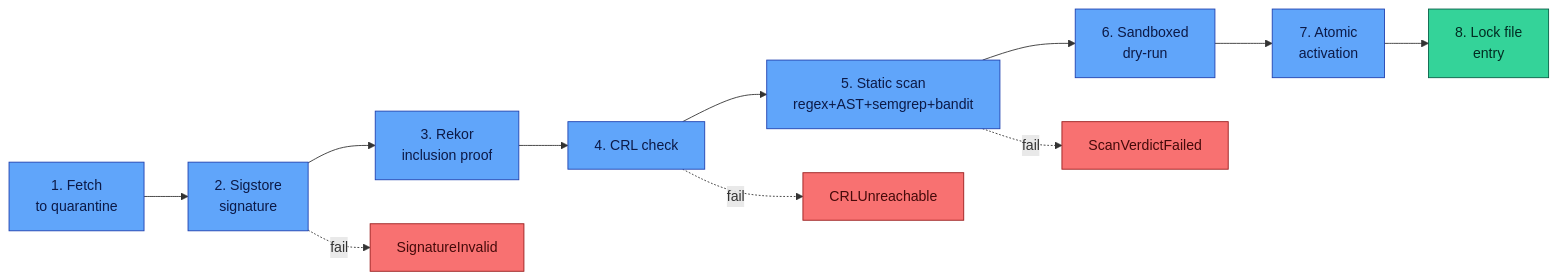
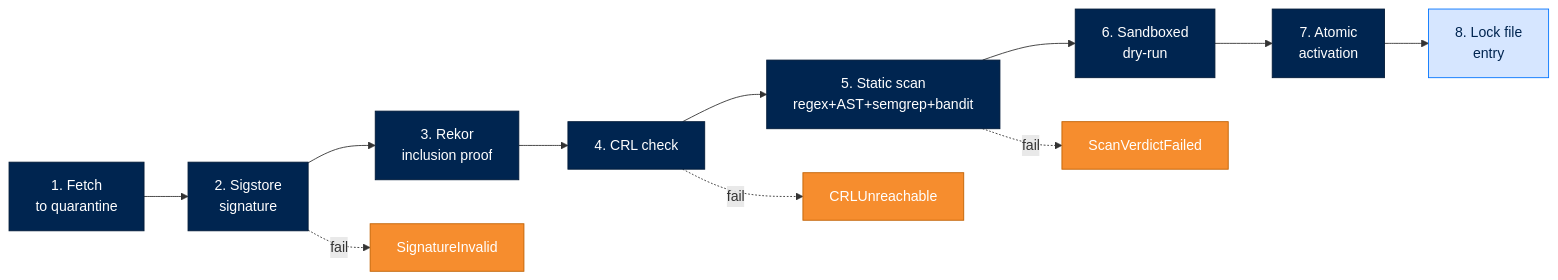
Before and after one commit to joshuamschultz/Arc: the second of 2 diagrams in packages/arcskill/README.md, drawn with Mermaid. The commit also changed other lines of this file and 16 other files, not shown here.

````diff
--- a/packages/arcskill/README.md
+++ b/packages/arcskill/README.md
@@ -102,17 +99,17 @@
 ```mermaid
 flowchart LR
-    classDef gate fill:#60A5FA,stroke:#1E40AF,color:#0C1A47
-    classDef terminal fill:#34D399,stroke:#065F46,color:#022C22
-    classDef fail fill:#F87171,stroke:#991B1B,color:#450A0A
+    classDef gate fill:#002550,stroke:#001A38,color:#FFFFFF
+    classDef terminal fill:#D6E6FF,stroke:#0073FE,color:#002550
+    classDef fail fill:#F68D2E,stroke:#C06000,color:#FFFFFF
 
     A[1. Fetch<br/>to quarantine]:::gate --> B[2. Sigstore<br/>signature]:::gate
     B --> C[3. Rekor<br/>inclusion proof]:::gate
     C --> D[4. CRL check]:::gate
     D --> E[5. Static scan<br/>regex+AST+semgrep+bandit]:::gate
     E --> F[6. Sandboxed<br/>dry-run]:::gate
     F --> G[7. Atomic<br/>activation]:::gate
     G --> H[8. Lock file<br/>entry]:::terminal
     B -.fail.-> X[SignatureInvalid]:::fail
     D -.fail.-> Y[CRLUnreachable]:::fail
     E -.fail.-> Z[ScanVerdictFailed]:::fail
 ```
````
